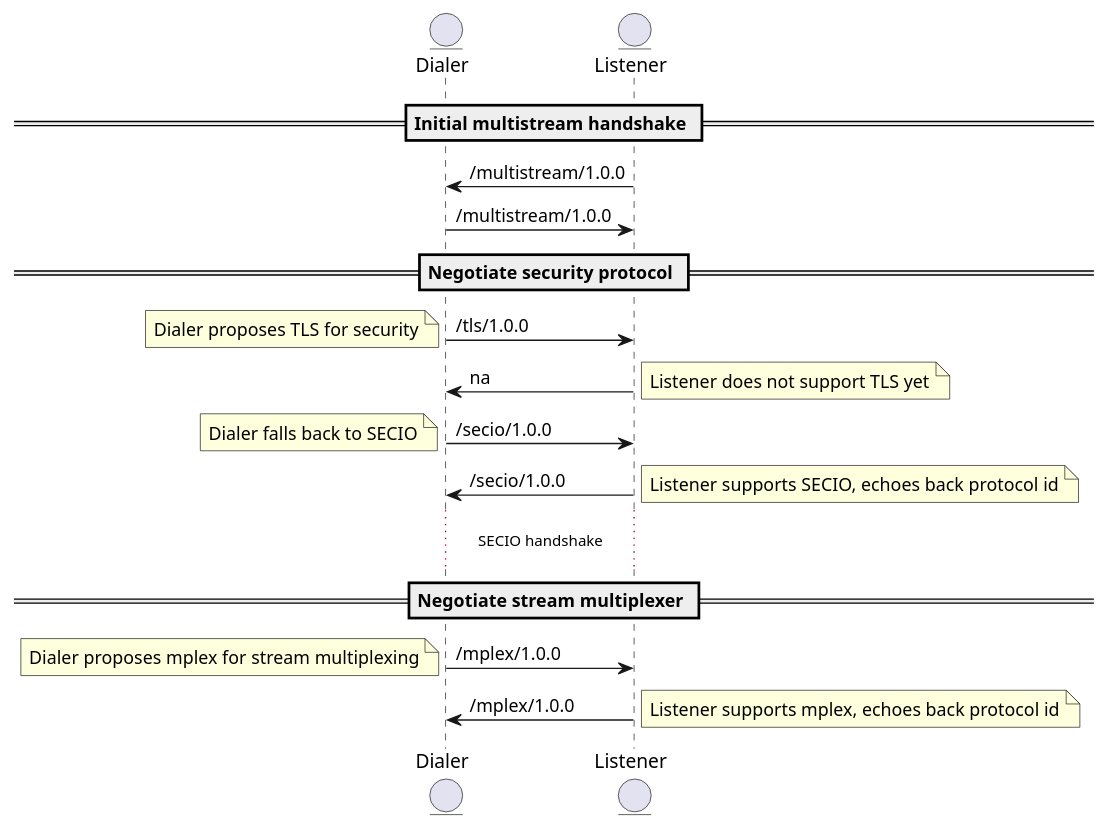
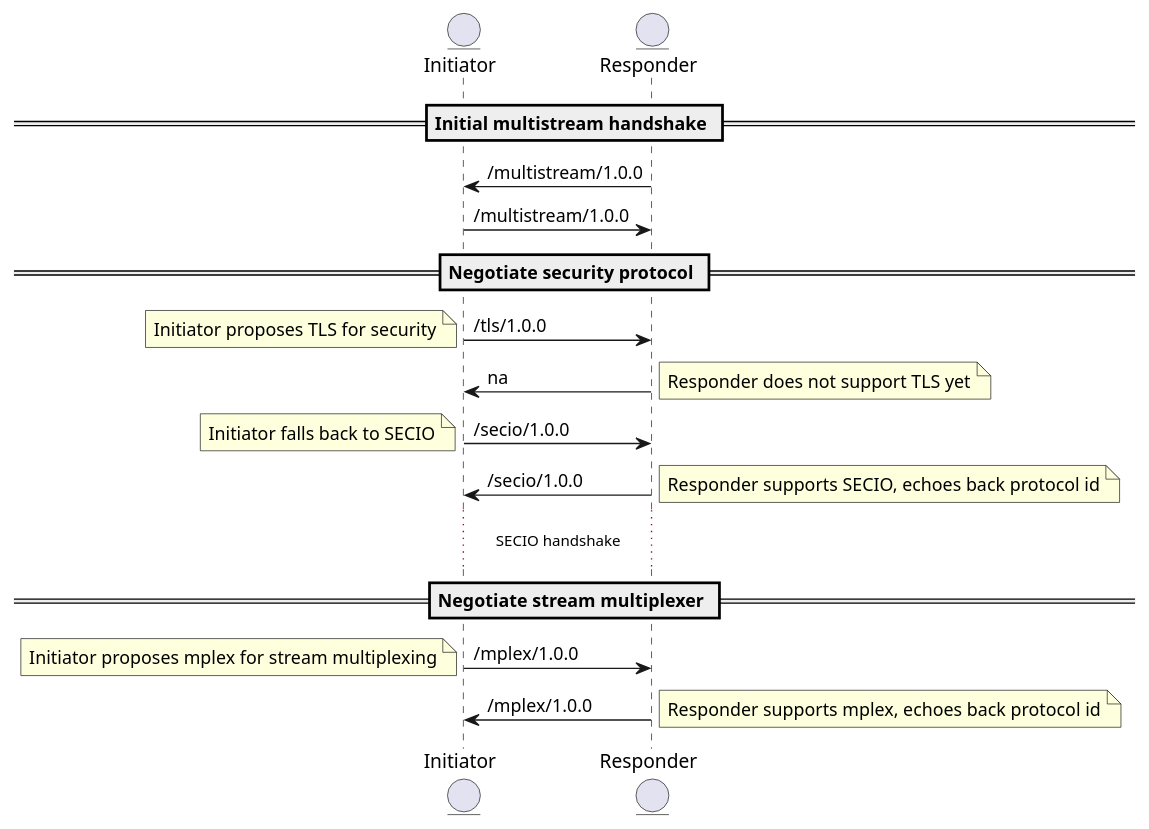
The diagram in connections/conn-upgrade.plantuml (libp2p/specs), drawn with PlantUML before and after one commit. The commit also changed 2 other files, not shown here.

Commit message:
rename participants and add loop to diagram

```diff
--- a/connections/conn-upgrade.plantuml
+++ b/connections/conn-upgrade.plantuml
@@ -1,36 +1,36 @@
 @startuml
 
-entity Dialer
-entity Listener
+entity Initiator
+entity Responder
 
 == Initial multistream handshake ==
 
-Listener -> Dialer: /multistream/1.0.0
-Dialer -> Listener: /multistream/1.0.0
+Responder -> Initiator: /multistream/1.0.0
+Initiator -> Responder: /multistream/1.0.0
 
 == Negotiate security protocol ==
 
-Dialer -> Listener: /tls/1.0.0
-note left: Dialer proposes TLS for security
+Initiator -> Responder: /tls/1.0.0
+note left: Initiator proposes TLS for security
 
-Listener -> Dialer: na
-note right: Listener does not support TLS yet
+Responder -> Initiator: na
+note right: Responder does not support TLS yet
 
-Dialer -> Listener: /secio/1.0.0
-note left: Dialer falls back to SECIO
+Initiator -> Responder: /secio/1.0.0
+note left: Initiator falls back to SECIO
 
-Listener -> Dialer: /secio/1.0.0
-note right: Listener supports SECIO, echoes back protocol id
+Responder -> Initiator: /secio/1.0.0
+note right: Responder supports SECIO, echoes back protocol id
 
 ... SECIO handshake ...
 
 == Negotiate stream multiplexer ==
 
-Dialer -> Listener: /mplex/1.0.0
-note left: Dialer proposes mplex for stream multiplexing
+Initiator -> Responder: /mplex/1.0.0
+note left: Initiator proposes mplex for stream multiplexing
 
-Listener -> Dialer: /mplex/1.0.0
-note right: Listener supports mplex, echoes back protocol id
+Responder -> Initiator: /mplex/1.0.0
+note right: Responder supports mplex, echoes back protocol id
 
 
 @enduml
```
